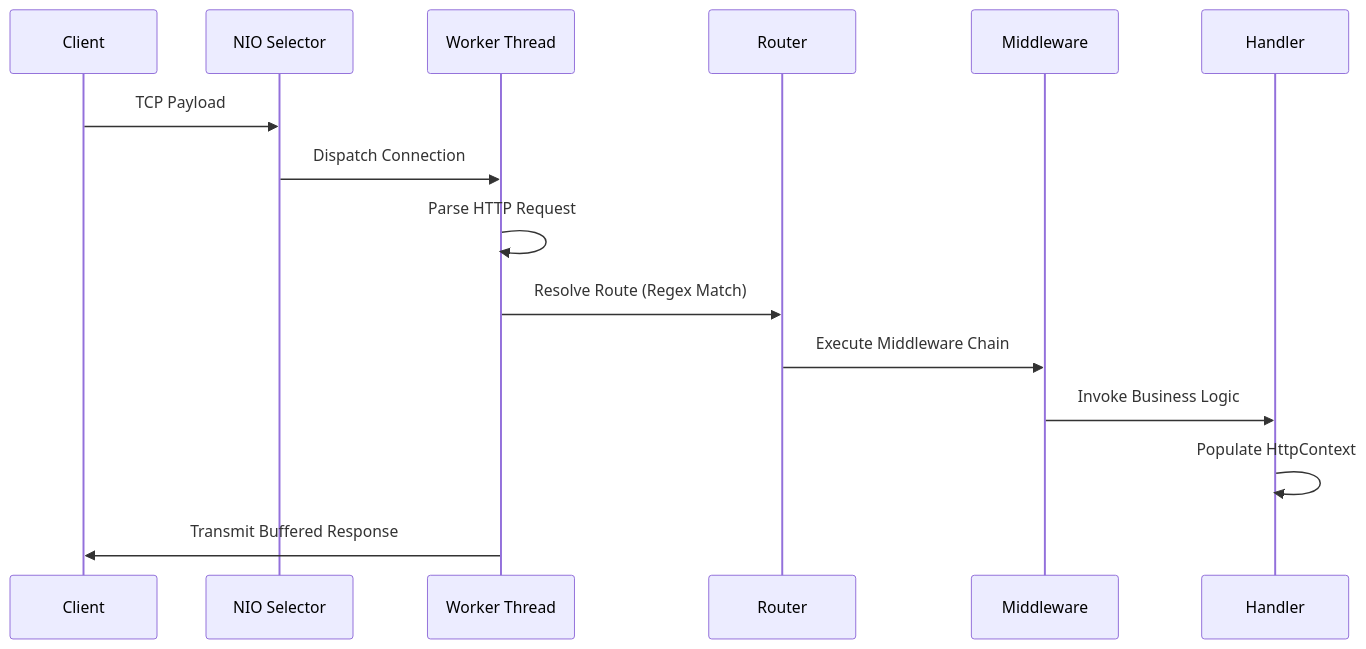
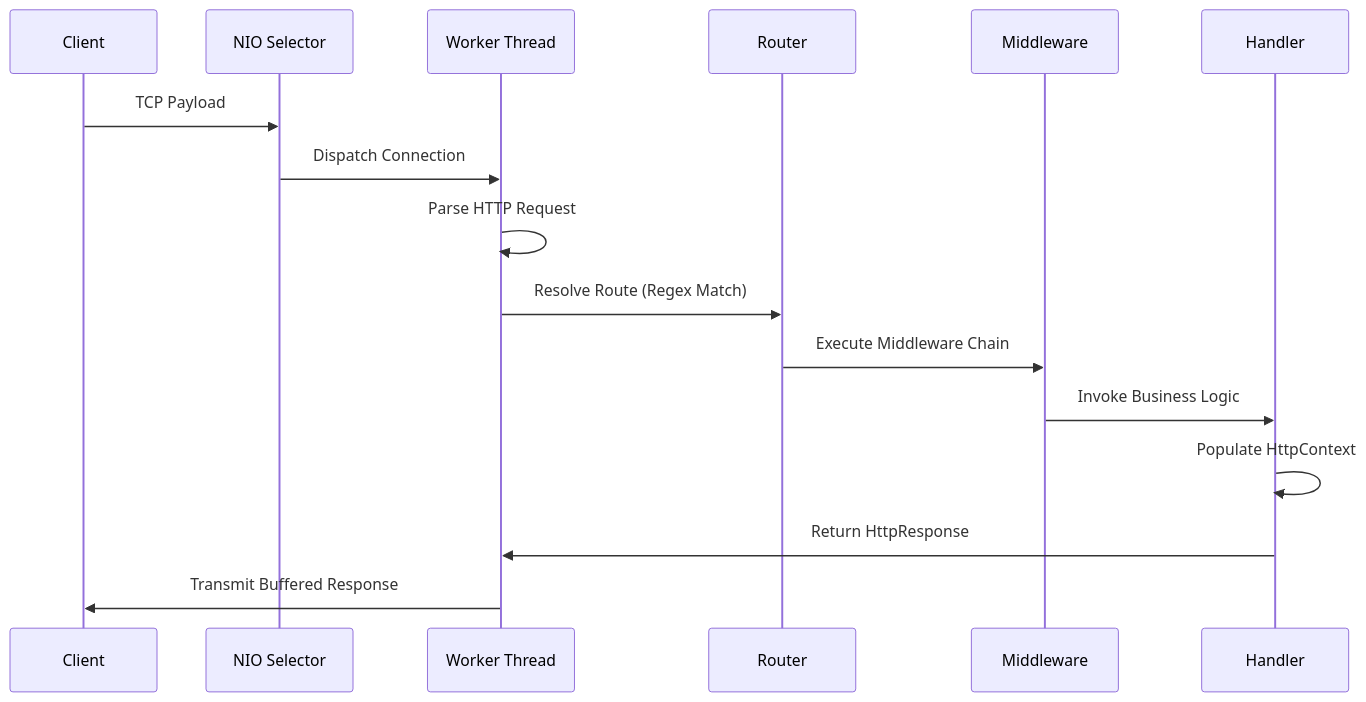
One commit to jhanvi857/coreHTTP changed the second of 2 diagrams in README.md. Above: the diagram before and after it, drawn with Mermaid. The commit also changed other lines of this file and 72 other files, not shown here.

````diff
--- a/README.md
+++ b/README.md
@@ -36,18 +76,19 @@
 ```mermaid
 sequenceDiagram
     participant C as Client
     participant S as NIO Selector
     participant W as Worker Thread
     participant R as Router
     participant M as Middleware
     participant H as Handler
 
     C->>S: TCP Payload
     S->>W: Dispatch Connection
     W->>W: Parse HTTP Request
     W->>R: Resolve Route (Regex Match)
     R->>M: Execute Middleware Chain
     M->>H: Invoke Business Logic
     H->>H: Populate HttpContext
+    H->>W: Return HttpResponse
     W->>C: Transmit Buffered Response
 ```
````
